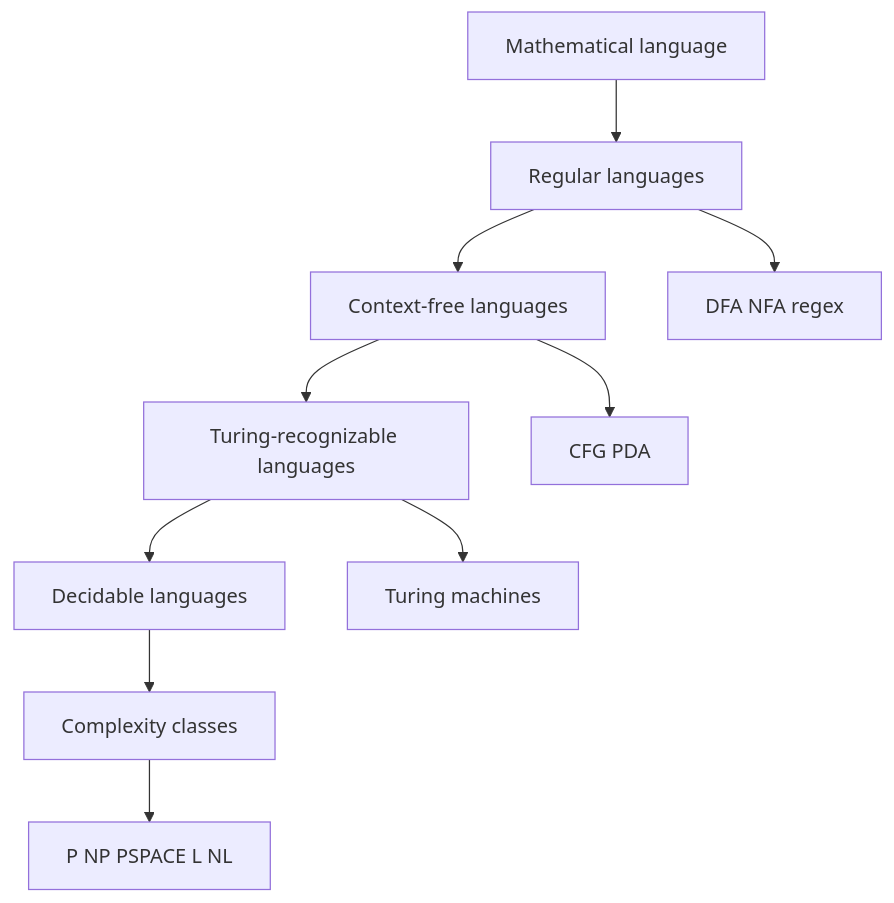
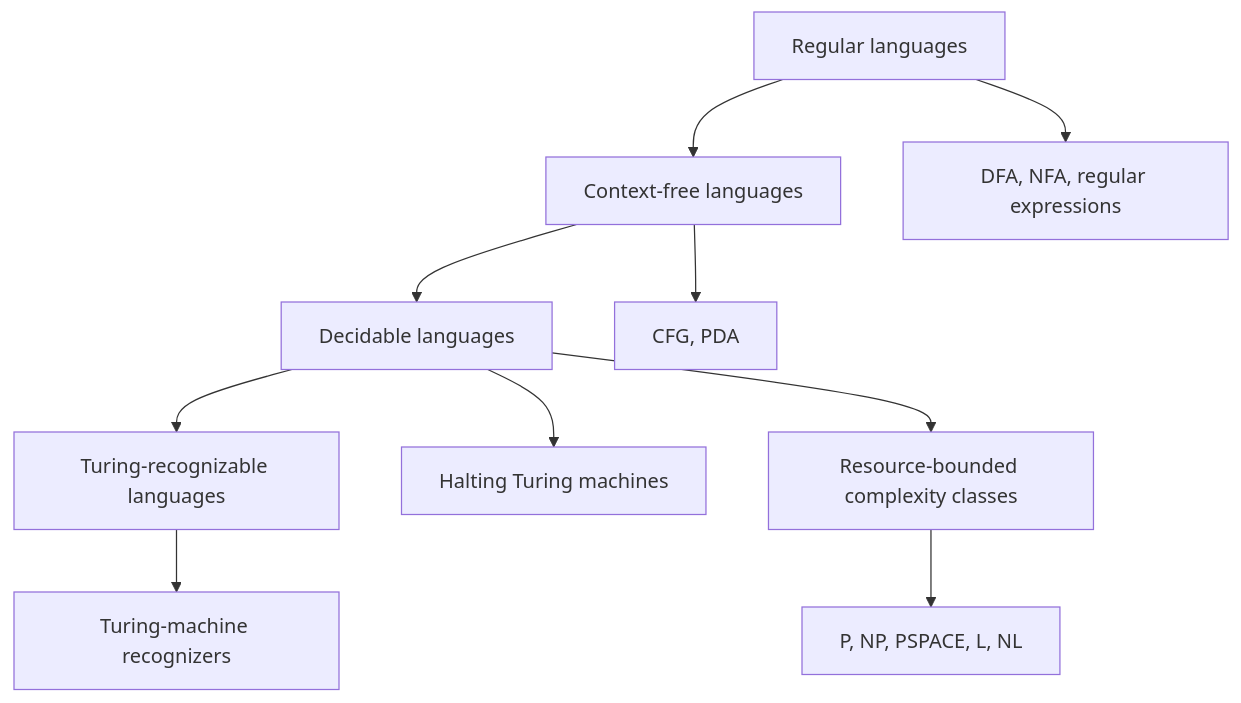
One commit to justinbrianhwang/SJ-wiki changed the diagram in docs/cs/theory/intro.md. Above: the diagram before and after it, drawn with Mermaid. The commit also changed other lines of this file and 955 other files, not shown here.

````diff
--- a/docs/cs/theory/intro.md
+++ b/docs/cs/theory/intro.md
@@ -64,12 +28,12 @@
 ```mermaid
 graph TD
-  A[Mathematical language] --> B[Regular languages]
-  B --> C[Context-free languages]
-  C --> D[Turing-recognizable languages]
-  D --> E[Decidable languages]
-  E --> F[Complexity classes]
-  B --> B1[DFA NFA regex]
-  C --> C1[CFG PDA]
-  D --> D1[Turing machines]
-  F --> F1[P NP PSPACE L NL]
+  B["Regular languages"] --> C["Context-free languages"]
+  C --> E["Decidable languages"]
+  E --> D["Turing-recognizable languages"]
+  B --> B1["DFA, NFA, regular expressions"]
+  C --> C1["CFG, PDA"]
+  E --> E1["Halting Turing machines"]
+  D --> D1["Turing-machine recognizers"]
+  E --> F["Resource-bounded complexity classes"]
+  F --> F1["P, NP, PSPACE, L, NL"]
 ```
````
